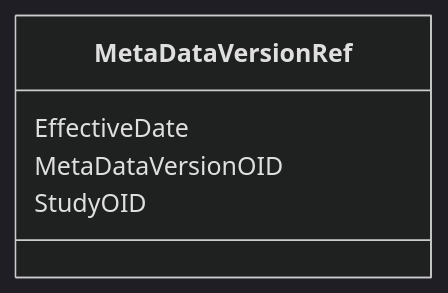
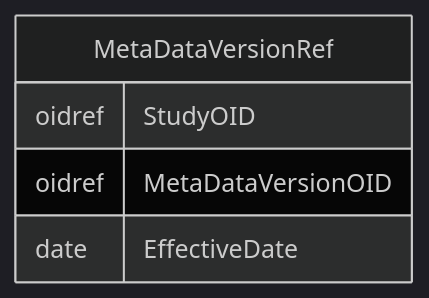
One commit to cdisc-org/DataExchange-ODM-LinkML changed the diagram in docs/MetaDataVersionRef.md. Above: the diagram before and after it, drawn with Mermaid (dark theme). The commit also changed other lines of this file and 181 other files, not shown here.

Commit message:
ER diagrams working via templates and removing names with underscores

````diff
--- a/docs/MetaDataVersionRef.md
+++ b/docs/MetaDataVersionRef.md
@@ -14,11 +11,11 @@
 ```mermaid
- classDiagram
-    class MetaDataVersionRef
-      MetaDataVersionRef : EffectiveDate
-        
-      MetaDataVersionRef : MetaDataVersionOID
-        
-      MetaDataVersionRef : StudyOID
-        
-      
+erDiagram
+MetaDataVersionRef {
+    oidref StudyOID  
+    oidref MetaDataVersionOID  
+    date EffectiveDate  
+}
+
+
+
 ```
````
